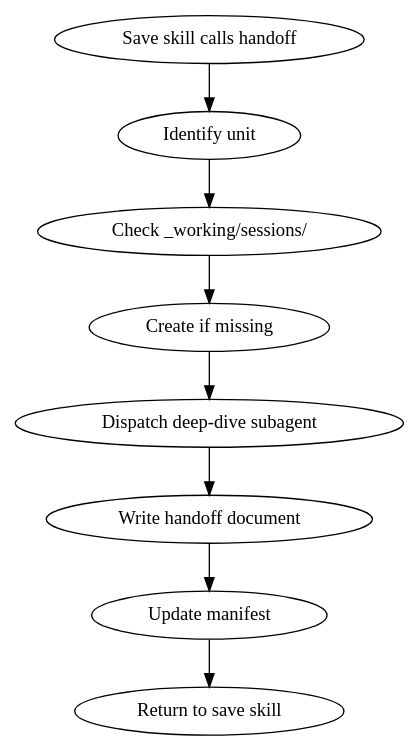
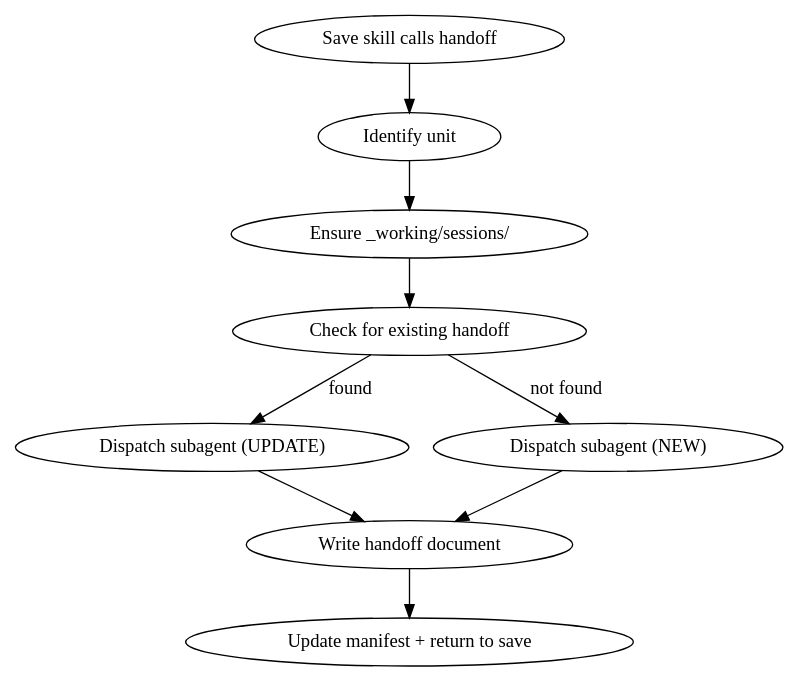
One commit to benslockedin/aliveskills changed the diagram in skills/handoff/SKILL.md. Above: the diagram before and after it, drawn with Graphviz. The commit also changed other lines of this file and 16 other files, not shown here.

First line of the commit message:
feat: handoff + save skill redesign, bump to v3.1.1

````diff
--- a/skills/handoff/SKILL.md
+++ b/skills/handoff/SKILL.md
@@ -40,11 +40,12 @@
 ```dot
 digraph handoff_flow {
     "Save skill calls handoff" -> "Identify unit";
-    "Identify unit" -> "Check _working/sessions/";
-    "Check _working/sessions/" -> "Create if missing";
-    "Create if missing" -> "Dispatch deep-dive subagent";
-    "Dispatch deep-dive subagent" -> "Write handoff document";
-    "Write handoff document" -> "Update manifest";
-    "Update manifest" -> "Return to save skill";
+    "Identify unit" -> "Ensure _working/sessions/";
+    "Ensure _working/sessions/" -> "Check for existing handoff";
+    "Check for existing handoff" -> "Dispatch subagent (UPDATE)" [label="found"];
+    "Check for existing handoff" -> "Dispatch subagent (NEW)" [label="not found"];
+    "Dispatch subagent (UPDATE)" -> "Write handoff document";
+    "Dispatch subagent (NEW)" -> "Write handoff document";
+    "Write handoff document" -> "Update manifest + return to save";
 }
 ```
````
